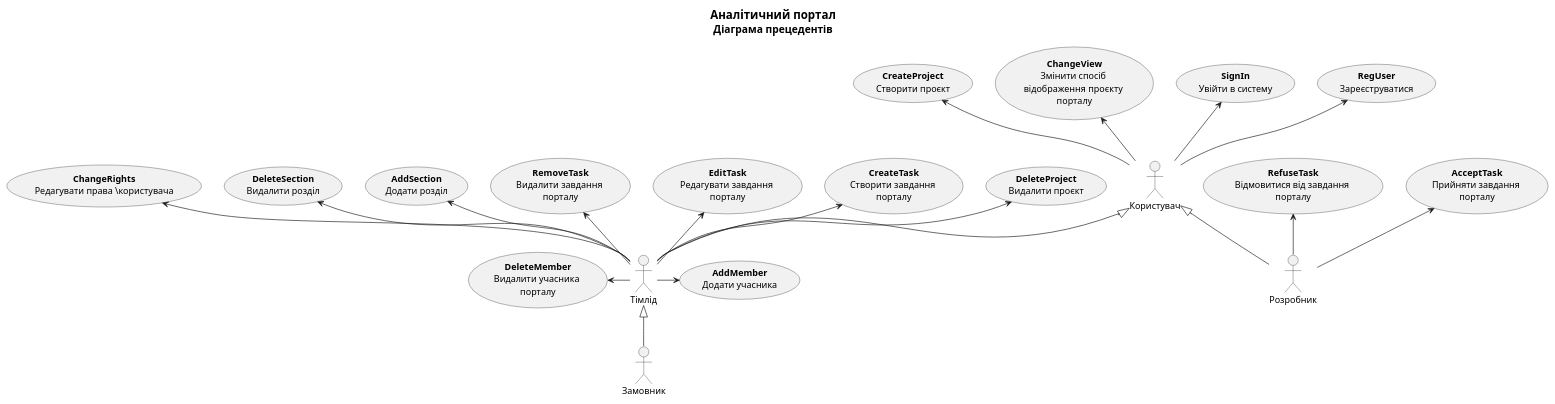
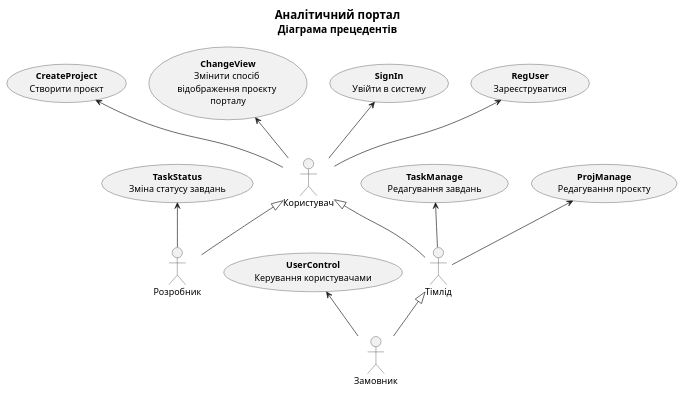
Before and after one commit to boldak/edu-db-cw: the first of 2 diagrams in docs/use cases/README.md, drawn with PlantUML.

Commit message:
зміна діаграми прецедентів

```diff
--- a/docs/use cases/README.md
+++ b/docs/use cases/README.md
@@ -9,48 +9,37 @@
 @startuml
 
     title
         <font size=18 color=black>Аналітичний портал
         <font size=16 color=black>Діаграма прецедентів
     end title
 
     actor "Користувач" as User
     actor "Розробник" as Developer
     actor "Тімлід" as Teamlead
     actor "Замовник" as Customer
     
     usecase "<b>RegUser</b>\nЗареєструватися" as RegUser
     usecase "<b>SignIn</b>\nУвійти в систему" as SignIn
+    usecase "<b>ChangeView</b>\nЗмінити спосіб \nвідображення проєкту \nпорталу" as ChangeView
     usecase "<b>CreateProject</b>\nСтворити проєкт" as CreateProject
-    usecase "<b>DeleteProject</b>\nВидалити проєкт" as DeleteProject
-    usecase "<b>AddSection</b>\nДодати розділ" as AddSection
-    usecase "<b>DeleteSection</b>\nВидалити розділ" as DeleteSection
-    usecase "<b>AcceptTask</b>\nПрийняти завдання \nпорталу" as AcceptTask
-    usecase "<b>RefuseTask</b>\nВідмовитися від завдання \nпорталу" as RefuseTask
-    usecase "<b>ChangeView</b>\nЗмінити спосіб \nвідображення проєкту \nпорталу" as ChangeView
-    usecase "<b>AddMember</b>\nДодати учасника" as AddMember
-    usecase "<b>DeleteMember</b>\nВидалити учасника \nпорталу" as DeleteMember
-    usecase "<b>CreateTask</b>\nСтворити завдання \nпорталу" as CreateTask
-    usecase "<b>EditTask</b>\nРедагувати завдання \nпорталу" as EditTask
-    usecase "<b>RemoveTask</b>\nВидалити завдання \nпорталу" as RemoveTask
-    usecase "<b>ChangeRights</b>\nРедагувати права \користувача" as ChangeRights
+    
+    usecase "<b>ProjManage</b>\nРедагування проєкту" as ProjManage
+    usecase "<b>TaskManage</b>\nРедагування завдань" as TaskManage
+    usecase "<b>UserControl</b>\nКерування користувачами" as UserControl
+    usecase "<b>TaskStatus</b>\nЗміна статусу завдань" as TaskStatus
+    
     
     Developer -u-|> User
     Teamlead -u-|> User
     Customer -u-|> Teamlead
     
     User -u-> RegUser
     User -u-> SignIn
     User -u-> ChangeView
     User -u-> CreateProject
-    Teamlead -u-> DeleteProject
-    Teamlead -u-> CreateTask
-    Teamlead -u-> EditTask
-    Teamlead -u-> RemoveTask
-    Teamlead -u-> AddSection
-    Teamlead -u-> DeleteSection
-    Developer -u-> AcceptTask
-    Developer -u-> RefuseTask
-    Teamlead -r-> AddMember
-    Teamlead -l-> DeleteMember
-    Teamlead -u-> ChangeRights
+    Teamlead -u-> ProjManage
+    Teamlead -u-> TaskManage
+    Customer -u-> UserControl
+    Developer -u-> TaskStatus
+   
 @enduml
```
